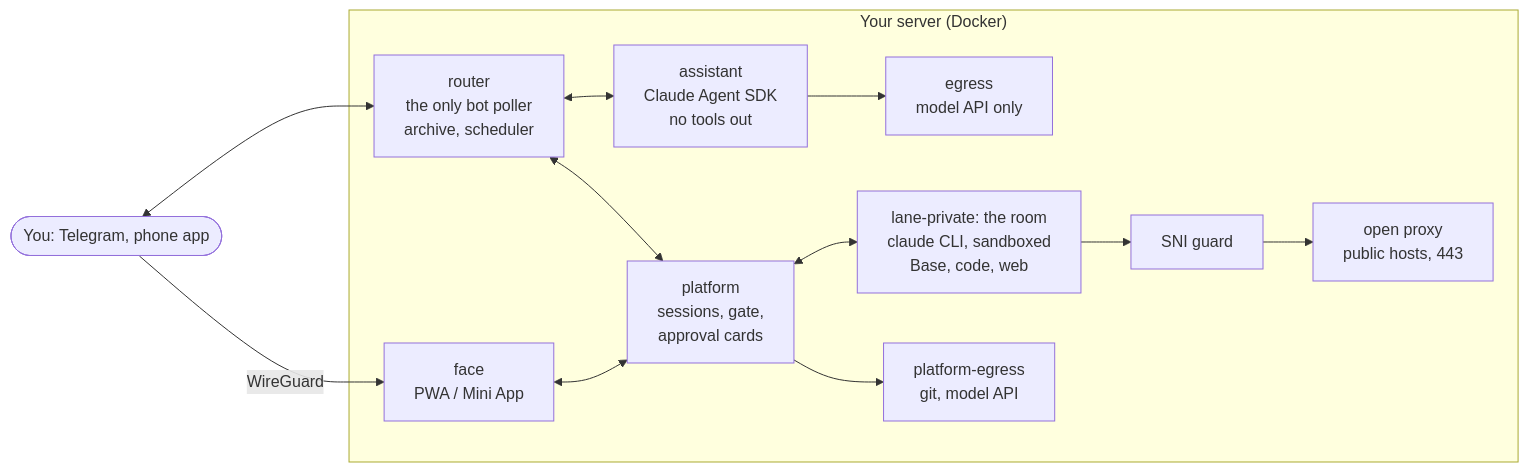
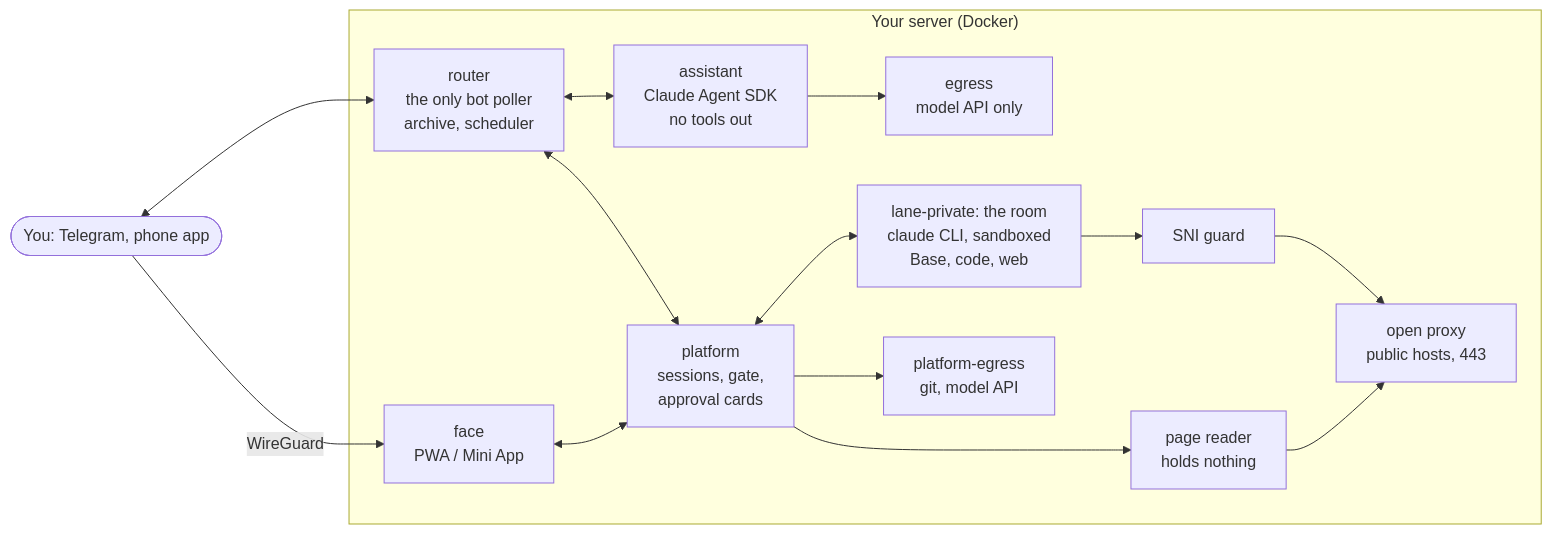
The diagram in README.md (redikultsev/retinue), drawn with Mermaid before and after one commit. The commit also changed other lines of this file and 1 other file, not shown here.

Commit message:
README: as it is now — the Base committed after every turn, the page reader and the source check, «Today» as an inbox, Pages, collections on a Space's screen; face/README in English

````diff
--- a/README.md
+++ b/README.md
@@ -33,22 +34,24 @@
 ```mermaid
 flowchart LR
   you(["You: Telegram, phone app"])
   subgraph server["Your server (Docker)"]
     router["router<br/>the only bot poller<br/>archive, scheduler"]
     assistant["assistant<br/>Claude Agent SDK<br/>no tools out"]
     egress["egress<br/>model API only"]
     platform["platform<br/>sessions, gate,<br/>approval cards"]
     face["face<br/>PWA / Mini App"]
     room["lane-private: the room<br/>claude CLI, sandboxed<br/>Base, code, web"]
     sni["SNI guard"]
+    reach["page reader<br/>holds nothing"]
     open["open proxy<br/>public hosts, 443"]
     pegress["platform-egress<br/>git, model API"]
   end
   you <--> router
   you -- WireGuard --> face
   router <--> assistant --> egress
   router <--> platform
   face <--> platform
   platform <--> room --> sni --> open
+  platform --> reach --> open
   platform --> pegress
 ```
````
